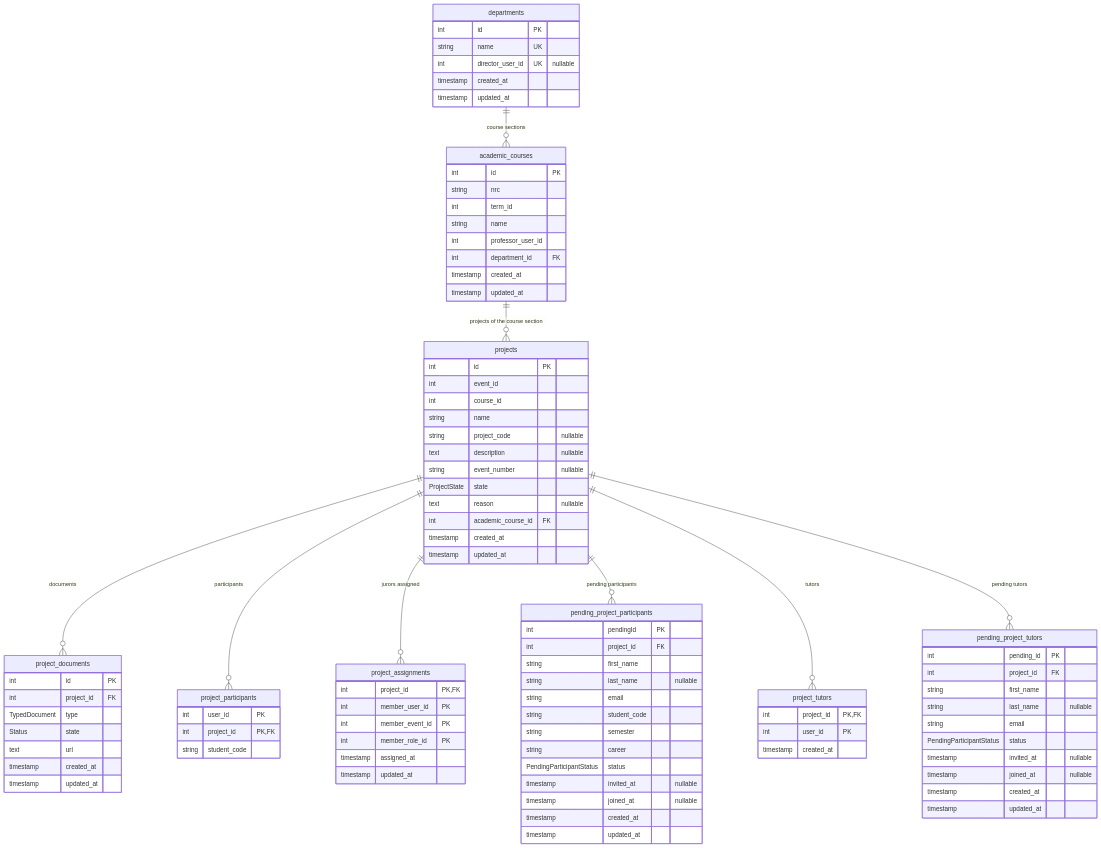
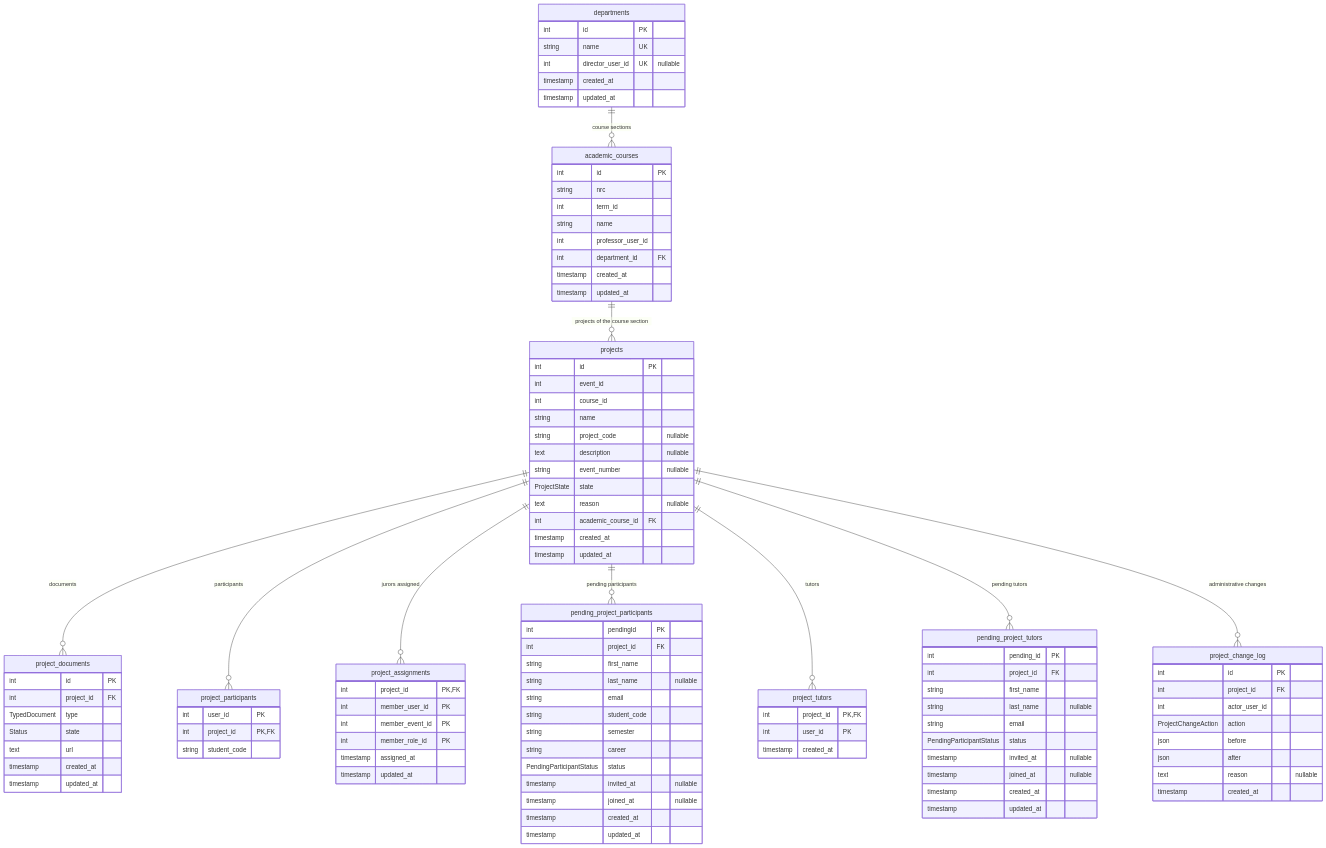
Before and after one commit to PCPI-UN/Iris: the diagram in docs/project-service/schema.md, drawn with Mermaid. The commit also changed other lines of this file and 2 other files, not shown here.

Commit message:
[CU-1dfnv12d1wz]: tabla project_change_log en project-service

````diff
--- a/docs/project-service/schema.md
+++ b/docs/project-service/schema.md
@@ -83,6 +83,17 @@
         timestamp updated_at
     }
 
+    project_change_log {
+        int id PK
+        int project_id FK
+        int actor_user_id
+        ProjectChangeAction action
+        json before
+        json after
+        text reason "nullable"
+        timestamp created_at
+    }
+
     departments {
         int id PK
         string name UK
@@ -108,6 +119,7 @@
     projects ||--o{ pending_project_participants : "pending participants"
     projects ||--o{ project_tutors : "tutors"
     projects ||--o{ pending_project_tutors : "pending tutors"
+    projects ||--o{ project_change_log : "administrative changes"
     academic_courses ||--o{ projects : "projects of the course section"
     departments ||--o{ academic_courses : "course sections"
 ```
````
